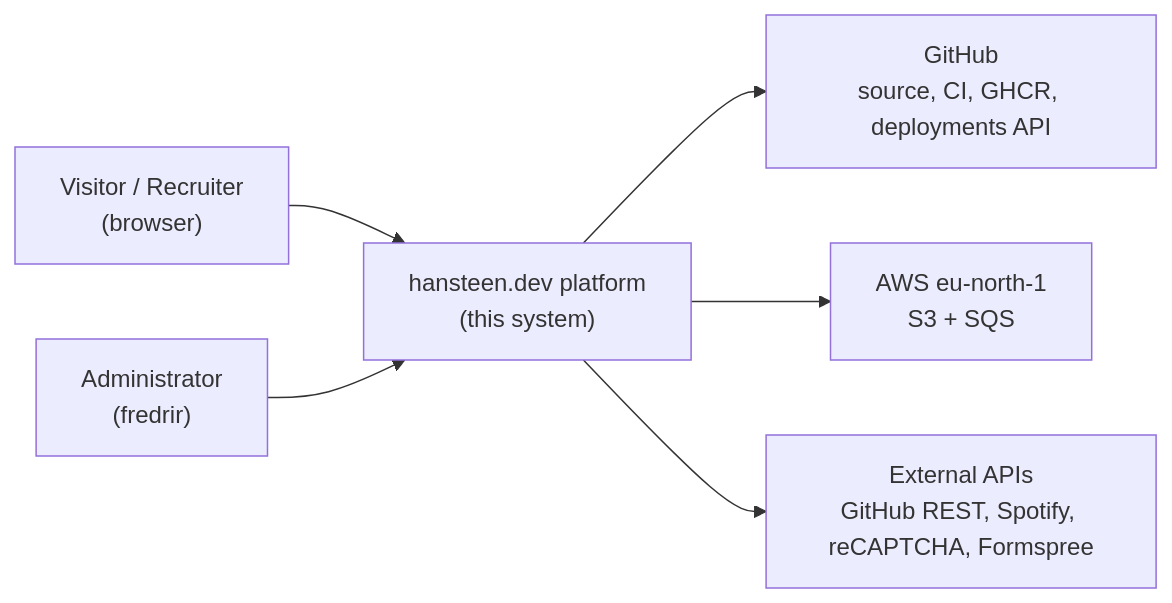
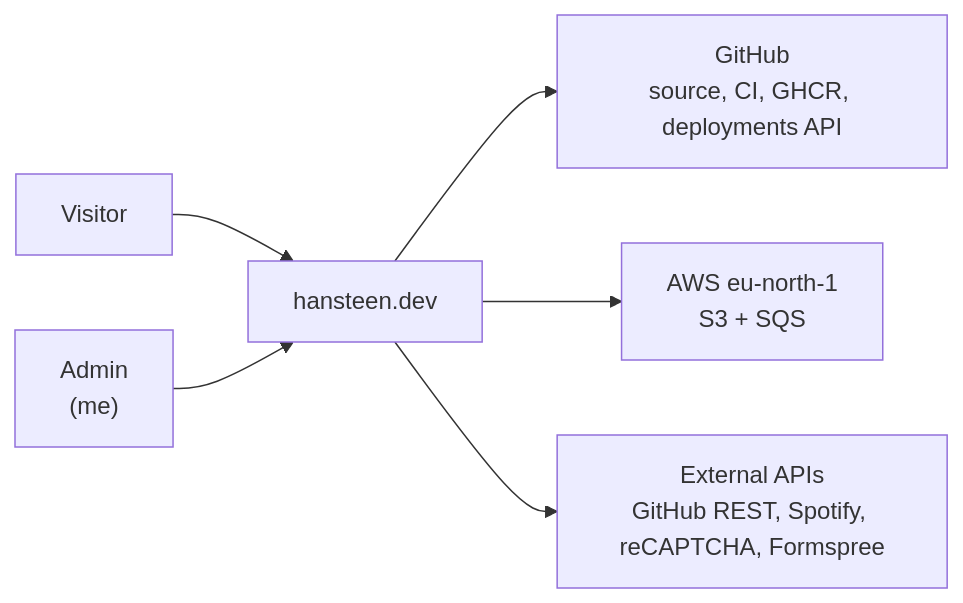
The first of 3 diagrams in README.md (fredrir/portfolio), drawn with Mermaid before and after one commit. The commit also changed other lines of this file and 38 other files, not shown here.

````diff
--- a/README.md
+++ b/README.md
@@ -13,8 +13,8 @@
 ```mermaid
 flowchart LR
-    V["Visitor / Recruiter<br/>(browser)"] --> CF["hansteen.dev platform<br/>(this system)"]
-    A["Administrator<br/>(fredrir)"] --> CF
+    V["Visitor<br/>"] --> CF["hansteen.dev"]
+    A["Admin<br/>(me)"] --> CF
     CF --> GH["GitHub<br/>source, CI, GHCR, deployments API"]
     CF --> AWS["AWS eu-north-1<br/>S3 + SQS"]
     CF --> EXT["External APIs<br/>GitHub REST, Spotify, reCAPTCHA, Formspree"]
 ```
````
